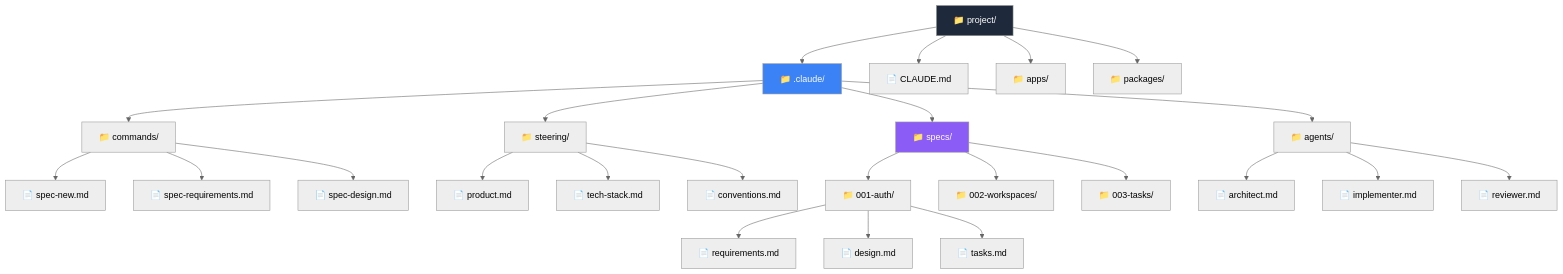
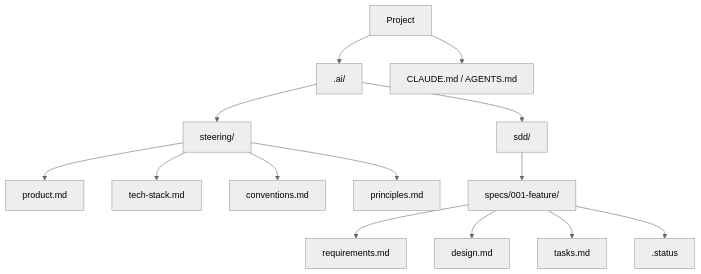
One commit to felipefontoura/spec-driven-development-book changed the third of 15 diagrams in BOOK.en.md. Above: the diagram before and after it, drawn with Mermaid (neutral theme). The commit also changed other lines of this file and 4 other files, not shown here.

````diff
--- a/BOOK.en.md
+++ b/BOOK.en.md
@@ -244,36 +339,21 @@
 ```mermaid
 graph TD
-    ROOT[📁 project/] --> CLAUDE_DIR[📁 .claude/]
-    ROOT --> CLAUDE_MD[📄 CLAUDE.md]
-    ROOT --> APPS[📁 apps/]
-    ROOT --> PACKAGES[📁 packages/]
+    ROOT[Project] --> AI[.ai/]
+    ROOT --> CM[CLAUDE.md / AGENTS.md]
+    AI --> ST[steering/]
+    AI --> SDD[sdd/]
+    ST --> S1[product.md]
+    ST --> S2[tech-stack.md]
+    ST --> S3[conventions.md]
+    ST --> S4[principles.md]
+    SDD --> SP[specs/001-feature/]
+    SP --> R[requirements.md]
+    SP --> D[design.md]
+    SP --> T[tasks.md]
+    SP --> STAT[.status]
 
-    CLAUDE_DIR --> COMMANDS[📁 commands/]
-    CLAUDE_DIR --> STEERING[📁 steering/]
-    CLAUDE_DIR --> SPECS[📁 specs/]
-    CLAUDE_DIR --> AGENTS[📁 agents/]
-
-    COMMANDS --> C1[📄 spec-new.md]
-    COMMANDS --> C2[📄 spec-requirements.md]
-    COMMANDS --> C3[📄 spec-design.md]
-
-    STEERING --> S1[📄 product.md]
-    STEERING --> S2[📄 tech-stack.md]
-    STEERING --> S3[📄 conventions.md]
-
-    SPECS --> SP1[📁 001-auth/]
-    SPECS --> SP2[📁 002-workspaces/]
-    SPECS --> SP3[📁 003-tasks/]
-
-    SP1 --> SP1A[📄 requirements.md]
-    SP1 --> SP1B[📄 design.md]
-    SP1 --> SP1C[📄 tasks.md]
-
-    AGENTS --> A1[📄 architect.md]
-    AGENTS --> A2[📄 implementer.md]
-    AGENTS --> A3[📄 reviewer.md]
-
-    style ROOT fill:#1e293b,color:#fff
-    style CLAUDE_DIR fill:#3b82f6,color:#fff
-    style SPECS fill:#8b5cf6,color:#fff
+    class STAT accent;
+    class R,D,T soft;
+    class S1,S2,S3,S4 neutral;
+    class ROOT,AI,ST,SDD,SP,CM muted;
 ```
````
